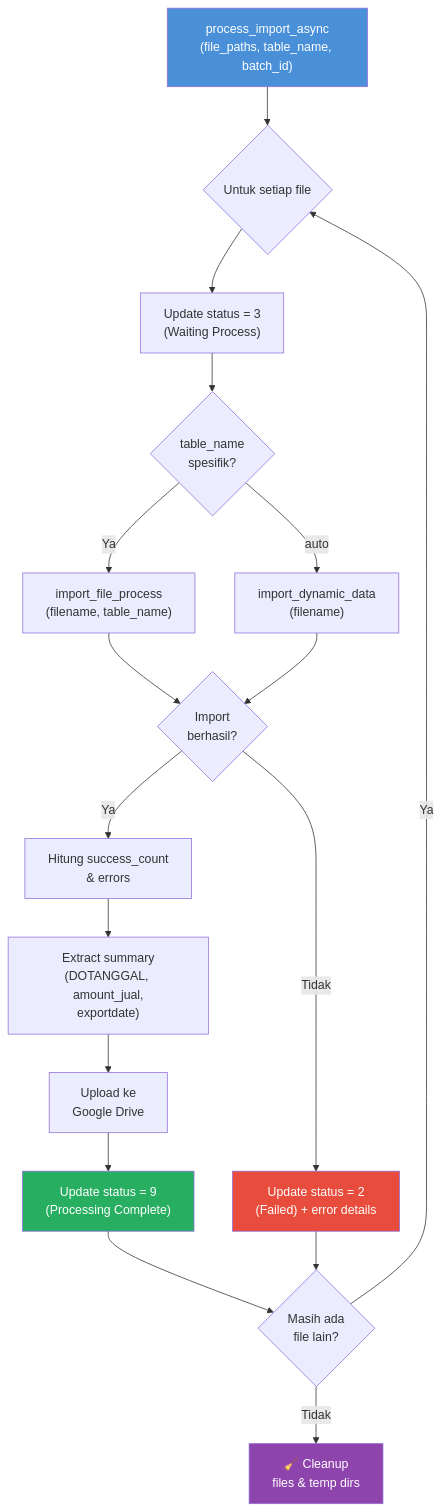
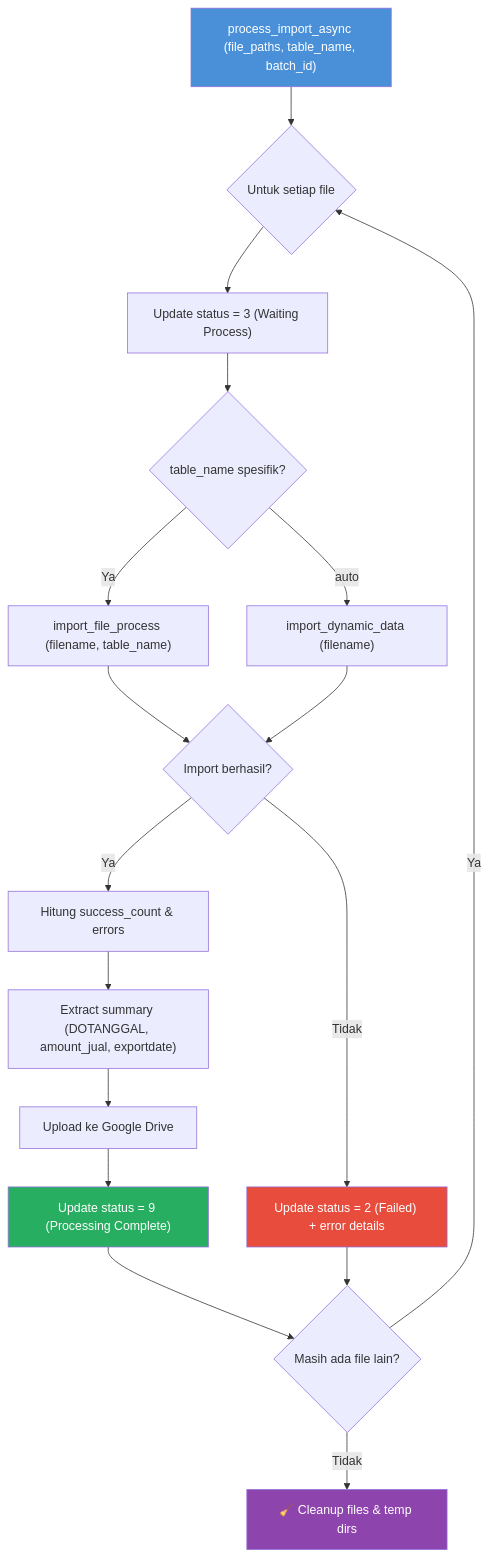
Before and after one commit to prasetyama/import-export-python: the third of 3 diagrams in README.md, drawn with Mermaid. The commit also changed other lines of this file, not shown here.

````diff
--- a/README.md
+++ b/README.md
@@ -220,28 +220,28 @@
 ```mermaid
 flowchart TD
-    P1["process_import_async\n(file_paths, table_name, batch_id)"] --> P2{"Untuk setiap file"}
-    P2 --> P3["Update status = 3\n(Waiting Process)"]
-    P3 --> P4{"table_name\nspesifik?"}
-    P4 -- Ya --> P5["import_file_process\n(filename, table_name)"]
-    P4 -- auto --> P6["import_dynamic_data\n(filename)"]
+    P1["process_import_async (file_paths, table_name, batch_id)"] --> P2{"Untuk setiap file"}
+    P2 --> P3["Update status = 3 (Waiting Process)"]
+    P3 --> P4{"table_name spesifik?"}
+    P4 -- Ya --> P5["import_file_process (filename, table_name)"]
+    P4 -- auto --> P6["import_dynamic_data (filename)"]
 
-    P5 --> P7{"Import\nberhasil?"}
+    P5 --> P7{"Import berhasil?"}
     P6 --> P7
 
-    P7 -- Ya --> P8["Hitung success_count\n& errors"]
-    P8 --> P8A["Extract summary\n(DOTANGGAL, amount_jual,\nexportdate)"]
-    P8A --> P8B["Upload ke\nGoogle Drive"]
-    P8B --> P9["Update status = 9\n(Processing Complete)"]
+    P7 -- Ya --> P8["Hitung success_count & errors"]
+    P8 --> P8A["Extract summary (DOTANGGAL, amount_jual, exportdate)"]
+    P8A --> P8B["Upload ke Google Drive"]
+    P8B --> P9["Update status = 9 (Processing Complete)"]
 
-    P7 -- Tidak --> P10["Update status = 2\n(Failed) + error details"]
+    P7 -- Tidak --> P10["Update status = 2 (Failed) + error details"]
 
-    P9 --> P11{"Masih ada\nfile lain?"}
+    P9 --> P11{"Masih ada file lain?"}
     P10 --> P11
     P11 -- Ya --> P2
-    P11 -- Tidak --> P12["🧹 Cleanup\nfiles & temp dirs"]
+    P11 -- Tidak --> P12["🧹 Cleanup files & temp dirs"]
 
     style P1 fill:#4A90D9,color:#fff
     style P9 fill:#27AE60,color:#fff
     style P10 fill:#E74C3C,color:#fff
     style P12 fill:#8E44AD,color:#fff
 ```
````
